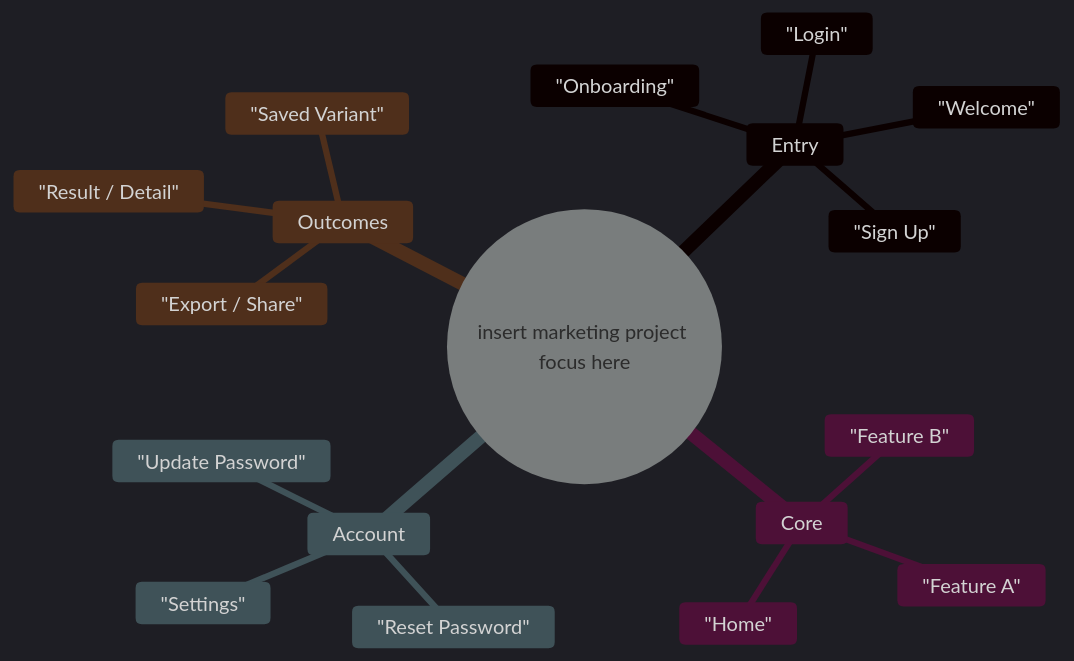
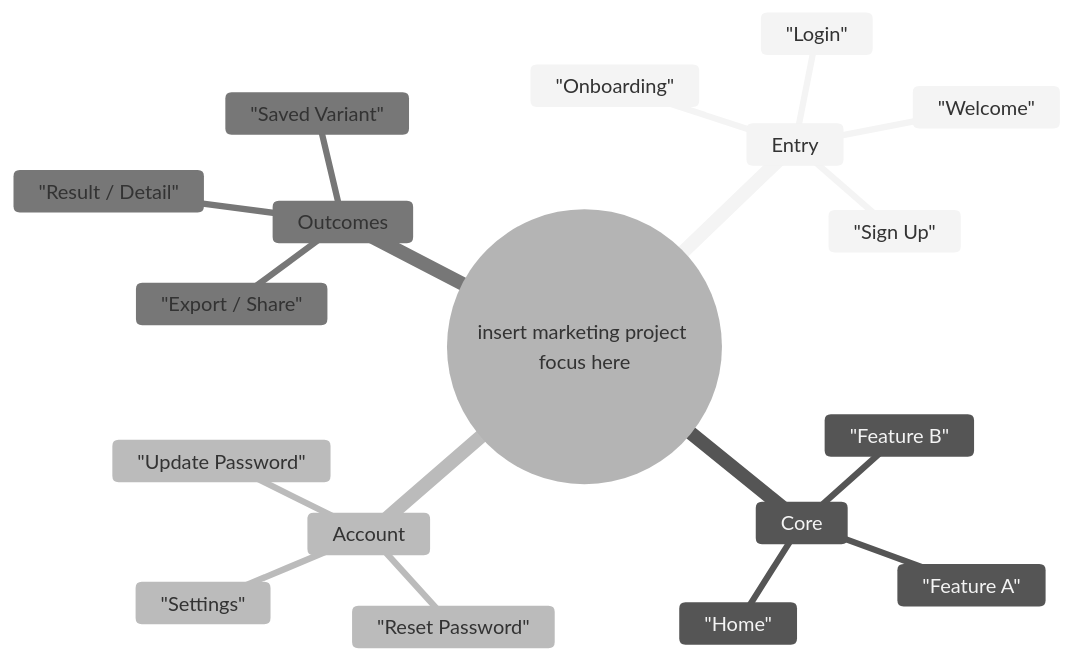
The fourth of 6 diagrams in README.md (Levi-Breedlove/AI-Quad-Research-Prototype-Prod), drawn with Mermaid before and after one commit.

````diff
--- a/README.md
+++ b/README.md
@@ -317,32 +317,25 @@
 ```mermaid
-%%{init:{
-  "theme":"dark",
-  "themeVariables":{
-    "background":"transparent",
-    "textColor":"#ffffff",
-    "primaryTextColor":"#ffffff",
-    "tertiaryTextColor":"#ffffff"
-  }
-}}%%
+%%{init:{ "theme":"neutral", "themeVariables": { "background":"transparent" } }}%%
 mindmap
   root(("insert marketing project focus here"))
     Entry
       "Welcome"
       "Login"
       "Sign Up"
       "Onboarding"
     Core
       "Home"
       "Feature A"
       "Feature B"
     Account
       "Settings"
       "Reset Password"
       "Update Password"
     Outcomes
       "Result / Detail"
       "Export / Share"
       "Saved Variant"
 
 
+
 ```
````
